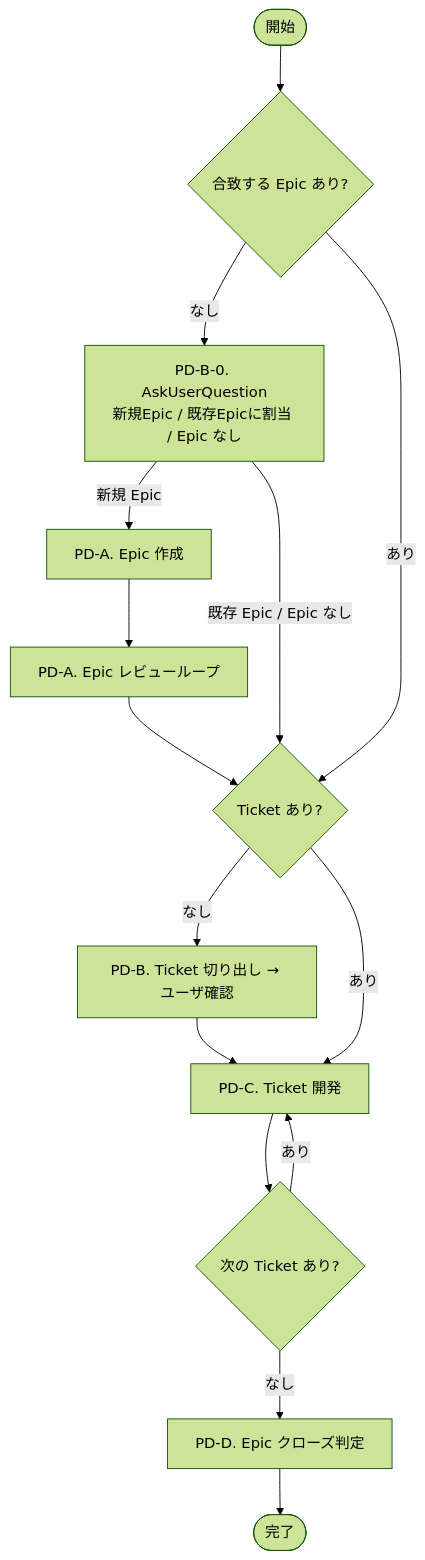
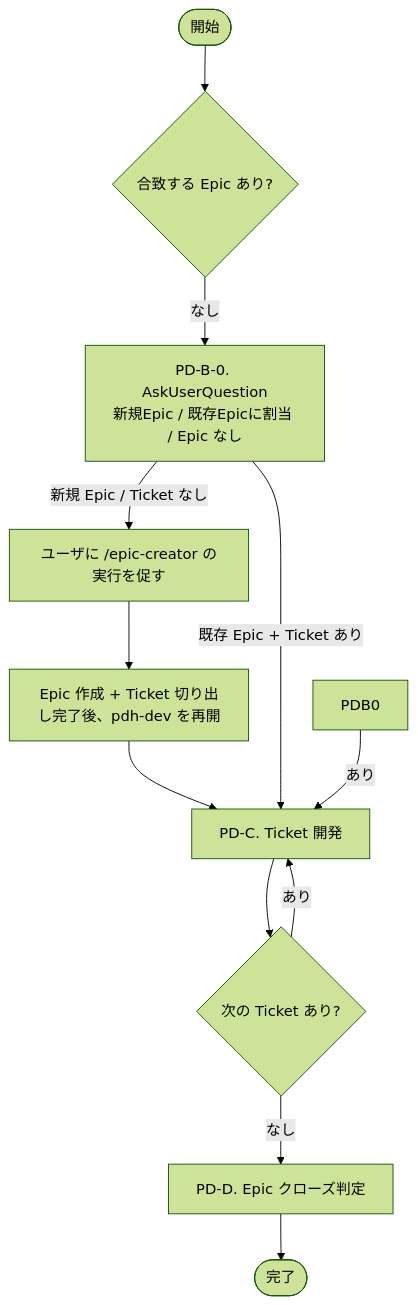
The first of 3 diagrams in skills/pdh-dev/SKILL.md (masuidrive/pdh), drawn with Mermaid (forest theme) before and after one commit. The commit also changed other lines of this file and 2 other files, not shown here.

First line of the commit message:
refactor(skills): extract epic-creator skill from pdh-dev

````diff
--- a/skills/pdh-dev/SKILL.md
+++ b/skills/pdh-dev/SKILL.md
@@ -58,17 +58,14 @@
 ```mermaid
 flowchart TD
     Start([開始]) --> PDA0{"合致する Epic あり?"}
     PDA0 -- "なし" --> PDA0q["PD-B-0. AskUserQuestion<br/>新規Epic / 既存Epicに割当 / Epic なし"]
-    PDA0q -- "新規 Epic" --> PDA1["PD-A. Epic 作成"]
-    PDA1 --> PDA2["PD-A. Epic レビューループ"]
-    PDA2 --> PDB0
-    PDA0q -- "既存 Epic / Epic なし" --> PDB0
-    PDA0 -- "あり" --> PDB0{"Ticket あり?"}
-    PDB0 -- "なし" --> PDB1["PD-B. Ticket 切り出し → ユーザ確認"]
-    PDB1 --> PDC
+    PDA0q -- "新規 Epic / Ticket なし" --> PDA1["ユーザに /epic-creator の実行を促す"]
+    PDA1 --> PDA1done["Epic 作成 + Ticket 切り出し完了後、pdh-dev を再開"]
+    PDA1done --> PDC
+    PDA0q -- "既存 Epic + Ticket あり" --> PDC
     PDB0 -- "あり" --> PDC["PD-C. Ticket 開発"]
     PDC --> PDC_next{"次の Ticket あり?"}
     PDC_next -- "あり" --> PDC
     PDC_next -- "なし" --> PDD["PD-D. Epic クローズ判定"]
     PDD --> Done([完了])
 ```
````
